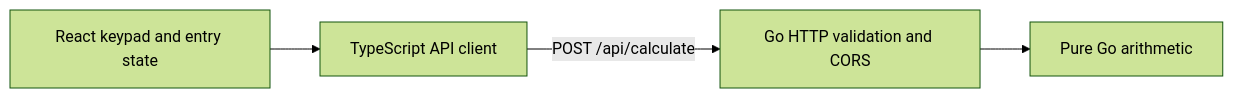
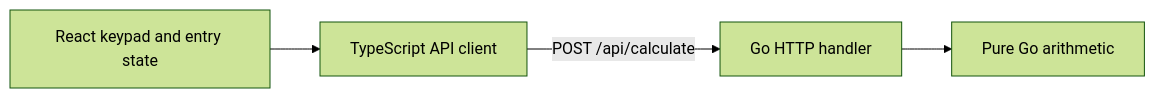
Before and after one commit to KallasLima/sezzle-calculator: the diagram in README.md, drawn with Mermaid (forest theme). The commit also changed other lines of this file and 2 other files, not shown here.

````diff
--- a/README.md
+++ b/README.md
@@ -177,6 +150,6 @@
 ```mermaid
 flowchart LR
   UI[React keypad and entry state] --> Client[TypeScript API client]
-  Client -->|POST /api/calculate| HTTP[Go HTTP validation and CORS]
+  Client -->|POST /api/calculate| HTTP[Go HTTP handler]
   HTTP --> Arithmetic[Pure Go arithmetic]
 ```
````
